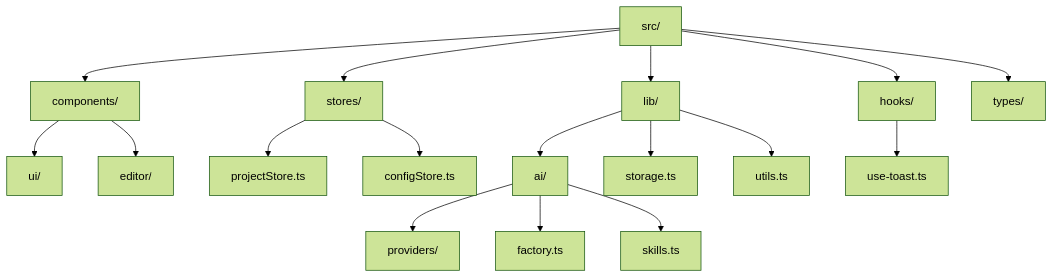
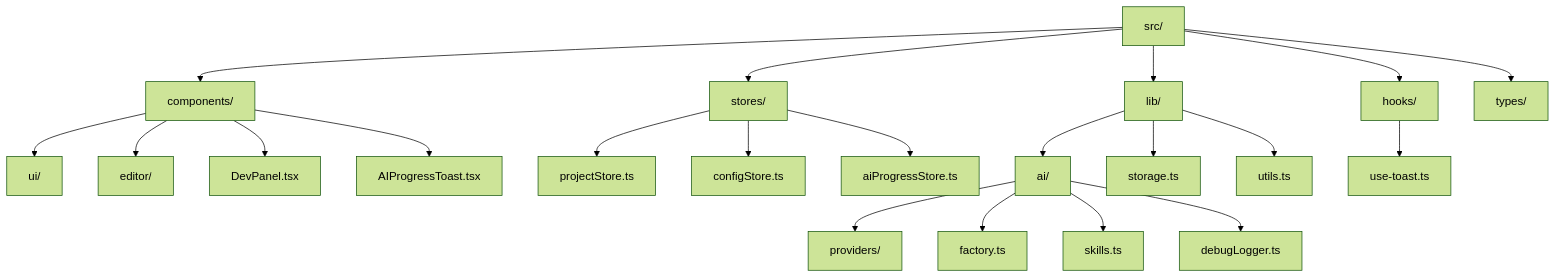
One commit to leonaiuv/aixsss changed the first of 9 diagrams in .qoder/repowiki/zh/content/开发指南/开发指南.md. Above: the diagram before and after it, drawn with Mermaid (forest theme). The commit also changed other lines of this file and 5 other files, not shown here.

````diff
--- a/.qoder/repowiki/zh/content/开发指南/开发指南.md
+++ b/.qoder/repowiki/zh/content/开发指南/开发指南.md
@@ -34,19 +46,23 @@
 ```mermaid
 graph TD
 A[src/] --> B[components/]
 A --> C[stores/]
 A --> D[lib/]
 A --> E[hooks/]
 A --> F[types/]
 B --> G[ui/]
 B --> H[editor/]
-C --> I[projectStore.ts]
-C --> J[configStore.ts]
-D --> K[ai/]
-D --> L[storage.ts]
-D --> M[utils.ts]
-E --> N[use-toast.ts]
-K --> O[providers/]
-K --> P[factory.ts]
-K --> Q[skills.ts]
+B --> I[DevPanel.tsx]
+B --> J[AIProgressToast.tsx]
+C --> K[projectStore.ts]
+C --> L[configStore.ts]
+C --> M[aiProgressStore.ts]
+D --> N[ai/]
+D --> O[storage.ts]
+D --> P[utils.ts]
+E --> Q[use-toast.ts]
+N --> R[providers/]
+N --> S[factory.ts]
+N --> T[skills.ts]
+N --> U[debugLogger.ts]
 ```
````
